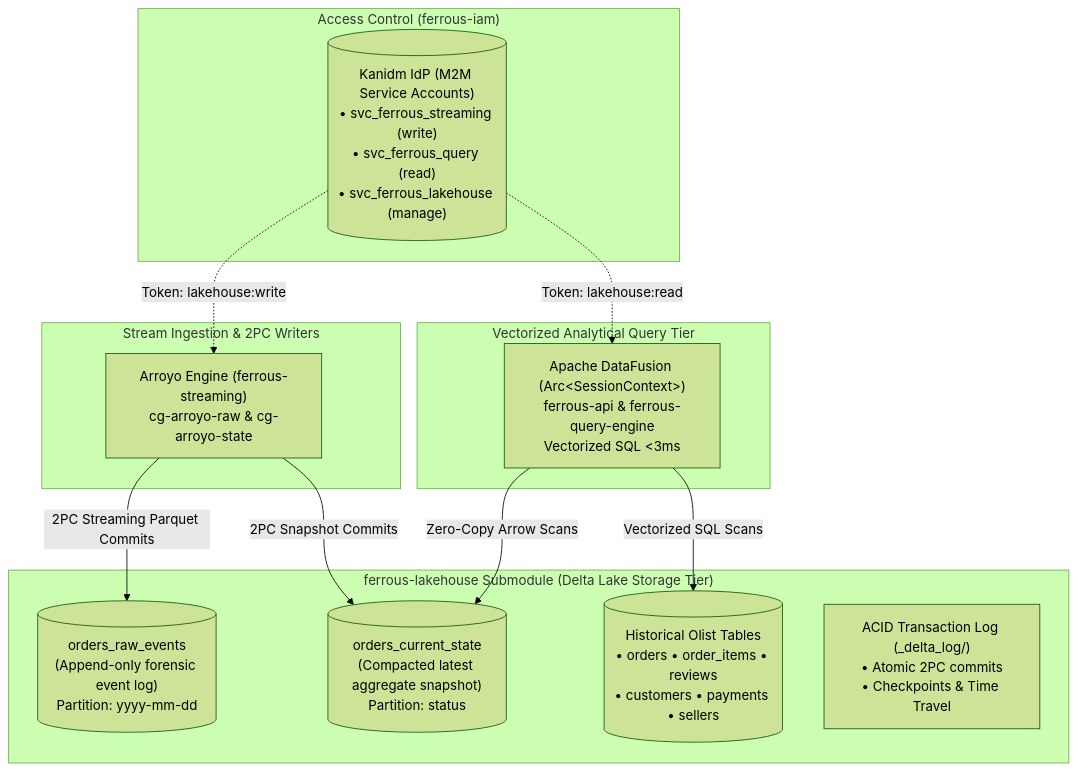
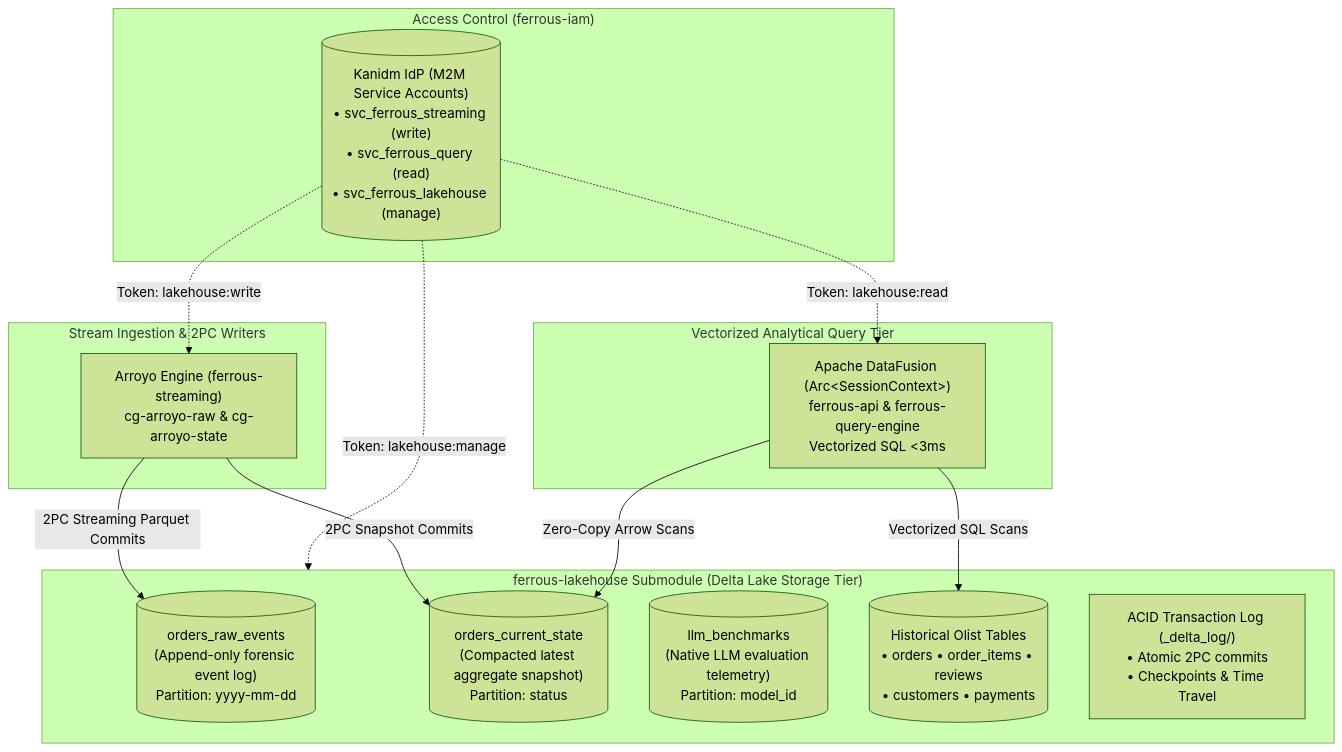
The diagram in README.md (reidlai/ferrous-lakehouse), drawn with Mermaid (forest theme) before and after one commit. The commit also changed other lines of this file and 6 other files, not shown here.

````diff
--- a/README.md
+++ b/README.md
@@ -18,28 +18,30 @@
 ```mermaid
 flowchart TD
     subgraph IAM ["Access Control (ferrous-iam)"]
         Kanidm[("Kanidm IdP (M2M Service Accounts)<br/>• svc_ferrous_streaming (write)<br/>• svc_ferrous_query (read)<br/>• svc_ferrous_lakehouse (manage)")]
     end
 
     subgraph Writers ["Stream Ingestion & 2PC Writers"]
         Arroyo["Arroyo Engine (ferrous-streaming)<br/>cg-arroyo-raw & cg-arroyo-state"]
     end
 
     subgraph Lakehouse ["ferrous-lakehouse Submodule (Delta Lake Storage Tier)"]
         RawEvents[("orders_raw_events<br/>(Append-only forensic event log)<br/>Partition: yyyy-mm-dd")]
         CurrentState[("orders_current_state<br/>(Compacted latest aggregate snapshot)<br/>Partition: status")]
-        HistoricalOlist[("Historical Olist Tables<br/>• orders • order_items • reviews<br/>• customers • payments • sellers")]
+        LLMBenchmarks[("llm_benchmarks<br/>(Native LLM evaluation telemetry)<br/>Partition: model_id")]
+        HistoricalOlist[("Historical Olist Tables<br/>• orders • order_items • reviews<br/>• customers • payments")]
         DeltaLog["ACID Transaction Log (_delta_log/)<br/>• Atomic 2PC commits<br/>• Checkpoints & Time Travel"]
     end
 
     subgraph Readers ["Vectorized Analytical Query Tier"]
         DataFusion["Apache DataFusion (Arc&lt;SessionContext&gt;)<br/>ferrous-api & ferrous-query-engine<br/>Vectorized SQL &lt;3ms"]
     end
 
     Kanidm -.->|Token: lakehouse:write| Arroyo
     Kanidm -.->|Token: lakehouse:read| DataFusion
+    Kanidm -.->|Token: lakehouse:manage| Lakehouse
     Arroyo -->|2PC Streaming Parquet Commits| RawEvents
     Arroyo -->|2PC Snapshot Commits| CurrentState
     DataFusion -->|Zero-Copy Arrow Scans| CurrentState
     DataFusion -->|Vectorized SQL Scans| HistoricalOlist
 ```
````
